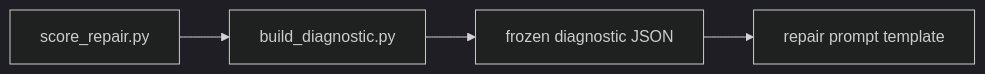
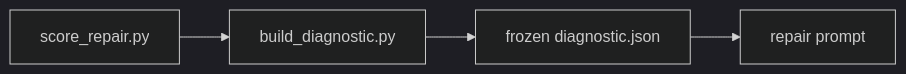
One commit to cesar-andress/fsm-repairability-study changed the diagram in docs/diagnostic_generation.md. Above: the diagram before and after it, drawn with Mermaid (dark theme). The commit also changed other lines of this file and 2 other files, not shown here.

Commit message:
docs: document diagnostic generation

````diff
--- a/docs/diagnostic_generation.md
+++ b/docs/diagnostic_generation.md
@@ -79,10 +103,10 @@
 ```mermaid
 flowchart LR
   SCORE[score_repair.py]
   PROJ[build_diagnostic.py]
-  FROZEN[frozen diagnostic JSON]
-  PROMPT[repair prompt template]
+  DIAG[frozen diagnostic.json]
+  PROMPT[repair prompt]
   SCORE --> PROJ
-  PROJ --> FROZEN
-  FROZEN --> PROMPT
+  PROJ --> DIAG
+  DIAG --> PROMPT
 ```
````
